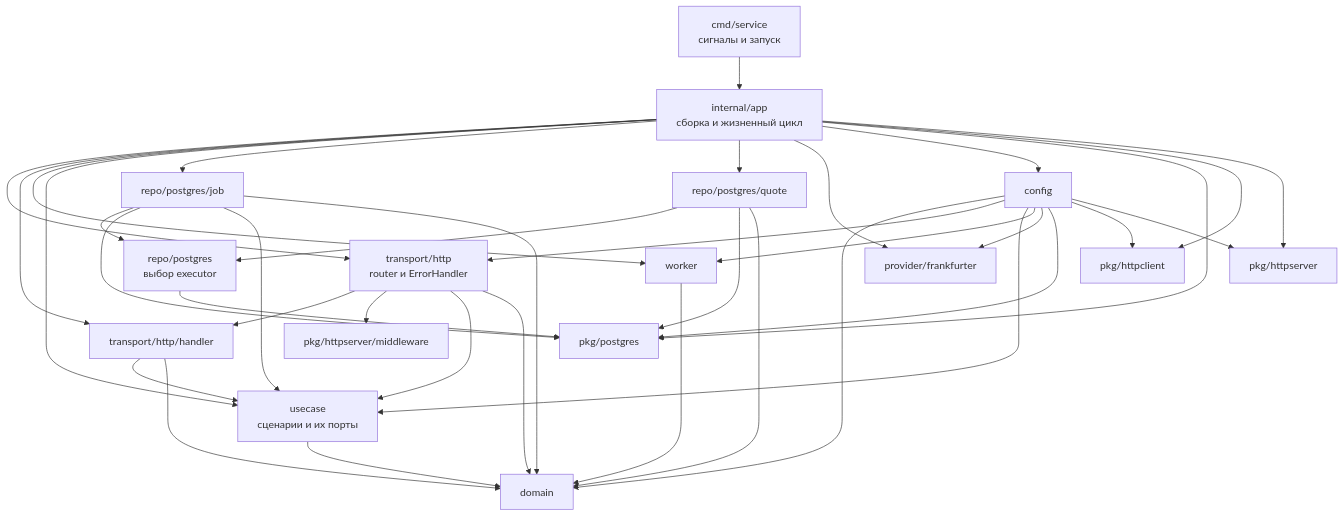
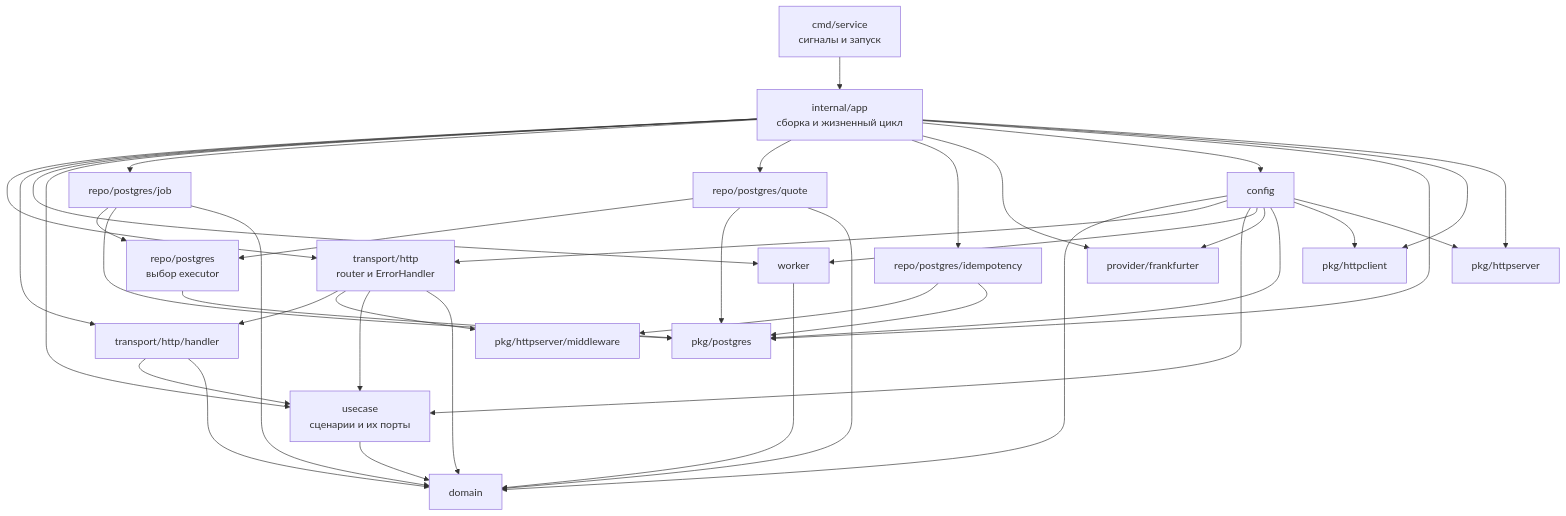
One commit to artyomstank/plata-currency-service changed the second of 2 diagrams in docs/architecture.md. Above: the diagram before and after it, drawn with Mermaid. The commit also changed other lines of this file and 52 other files, not shown here.

Commit message:
feat: add new table and extracted idempotency to middleware and DB

````diff
--- a/docs/architecture.md
+++ b/docs/architecture.md
@@ -63,39 +68,41 @@
 ```mermaid
 flowchart TD
     Main["cmd/service<br/>сигналы и запуск"] --> App["internal/app<br/>сборка и жизненный цикл"]
     App --> HTTP["transport/http<br/>router и ErrorHandler"]
     App --> Handler["transport/http/handler"]
     App --> Worker["worker"]
     App --> UC["usecase<br/>сценарии и их порты"]
     App --> Jobs["repo/postgres/job"]
     App --> Quotes["repo/postgres/quote"]
+    App --> Responses["repo/postgres/idempotency"]
     App --> Source["provider/frankfurter"]
     App --> Config["config"]
     App --> Postgres["pkg/postgres"]
     App --> HTTPClient["pkg/httpclient"]
     App --> HTTPServer["pkg/httpserver"]
     Jobs --> Executor["repo/postgres<br/>выбор executor"]
     Quotes --> Executor
     Jobs --> Postgres
     Quotes --> Postgres
     Executor --> Postgres
     HTTP --> Handler
     HTTP --> Middleware["pkg/httpserver/middleware"]
+    Responses --> Middleware
+    Responses --> Postgres
     HTTP --> UC
     HTTP --> Domain["domain"]
     Handler --> UC
     Handler --> Domain
-    Jobs --> UC
     Jobs --> Domain
     Quotes --> Domain
     Worker --> Domain
     Config --> Domain
     Config --> HTTP
     Config --> UC
     Config --> Worker
     Config --> Source
     Config --> Postgres
     Config --> HTTPClient
     Config --> HTTPServer
     UC --> Domain
 ```
````
